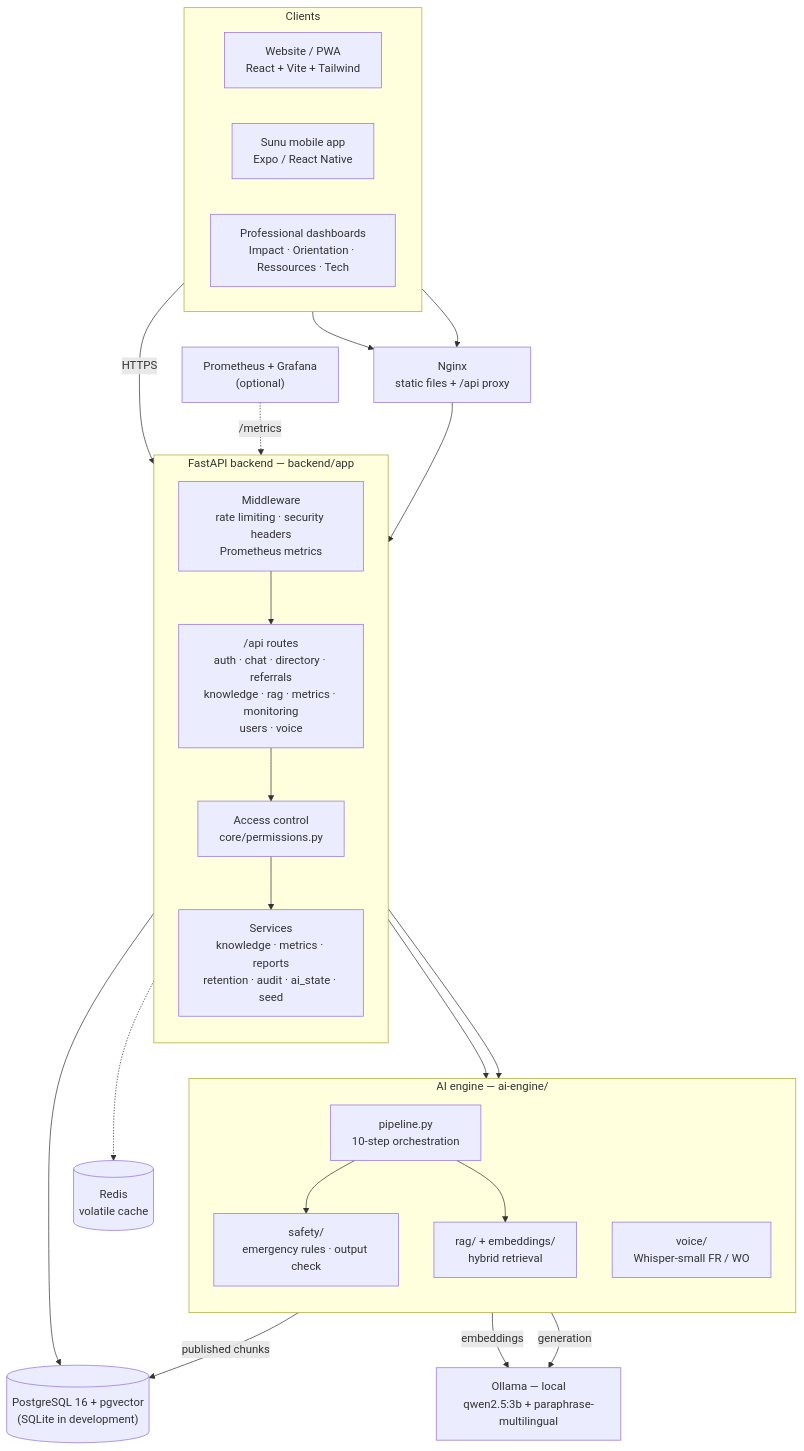
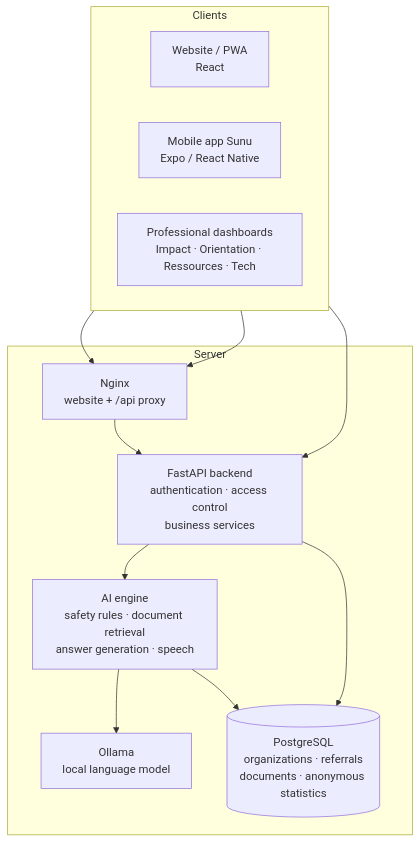
Before and after one commit to Dioumadev221/SUNUSAFEGUARD: the first of 3 diagrams in README.md, drawn with Mermaid. The commit also changed other lines of this file and 1 other file, not shown here.

````diff
--- a/README.md
+++ b/README.md
@@ -100,48 +88,26 @@
 ```mermaid
 flowchart TB
     subgraph CLIENTS["Clients"]
         direction LR
-        WEB["Website / PWA<br/>React + Vite + Tailwind"]
-        MOB["Sunu mobile app<br/>Expo / React Native"]
+        WEB["Website / PWA<br/>React"]
+        MOB["Mobile app Sunu<br/>Expo / React Native"]
         PRO["Professional dashboards<br/>Impact · Orientation · Ressources · Tech"]
     end
 
-    NGINX["Nginx<br/>static files + /api proxy"]
-
-    subgraph API["FastAPI backend — backend/app"]
-        direction TB
-        ROUTES["/api routes<br/>auth · chat · directory · referrals<br/>knowledge · rag · metrics · monitoring<br/>users · voice"]
-        MW["Middleware<br/>rate limiting · security headers<br/>Prometheus metrics"]
-        RBAC["Access control<br/>core/permissions.py"]
-        SVC["Services<br/>knowledge · metrics · reports<br/>retention · audit · ai_state · seed"]
+    subgraph SERVER["Server"]
+        NGINX["Nginx<br/>website + /api proxy"]
+        API["FastAPI backend<br/>authentication · access control<br/>business services"]
+        AI["AI engine<br/>safety rules · document retrieval<br/>answer generation · speech"]
+        OLLAMA["Ollama<br/>local language model"]
+        DB[("PostgreSQL<br/>organizations · referrals<br/>documents · anonymous statistics")]
     end
-
-    subgraph AI["AI engine — ai-engine/"]
-        direction TB
-        PIPE["pipeline.py<br/>10-step orchestration"]
-        SAFE["safety/<br/>emergency rules · output check"]
-        RAG["rag/ + embeddings/<br/>hybrid retrieval"]
-        VOICE["voice/<br/>Whisper-small FR / WO"]
-    end
-
-    DB[("PostgreSQL 16 + pgvector<br/>(SQLite in development)")]
-    OLLAMA["Ollama — local<br/>qwen2.5:3b + paraphrase-multilingual"]
-    REDIS[("Redis<br/>volatile cache")]
-    PROM["Prometheus + Grafana<br/>(optional)"]
 
     WEB --> NGINX
     PRO --> NGINX
-    MOB -->|HTTPS| API
+    MOB --> API
     NGINX --> API
-    MW --> ROUTES --> RBAC --> SVC
-    ROUTES --> PIPE
-    ROUTES --> VOICE
-    PIPE --> SAFE
-    PIPE --> RAG
-    PIPE -->|generation| OLLAMA
-    RAG -->|embeddings| OLLAMA
-    SVC --> DB
-    RAG -->|published chunks| DB
-    API -.-> REDIS
-    PROM -.->|/metrics| API
+    API --> AI
+    AI --> OLLAMA
+    API --> DB
+    AI --> DB
 ```
````
